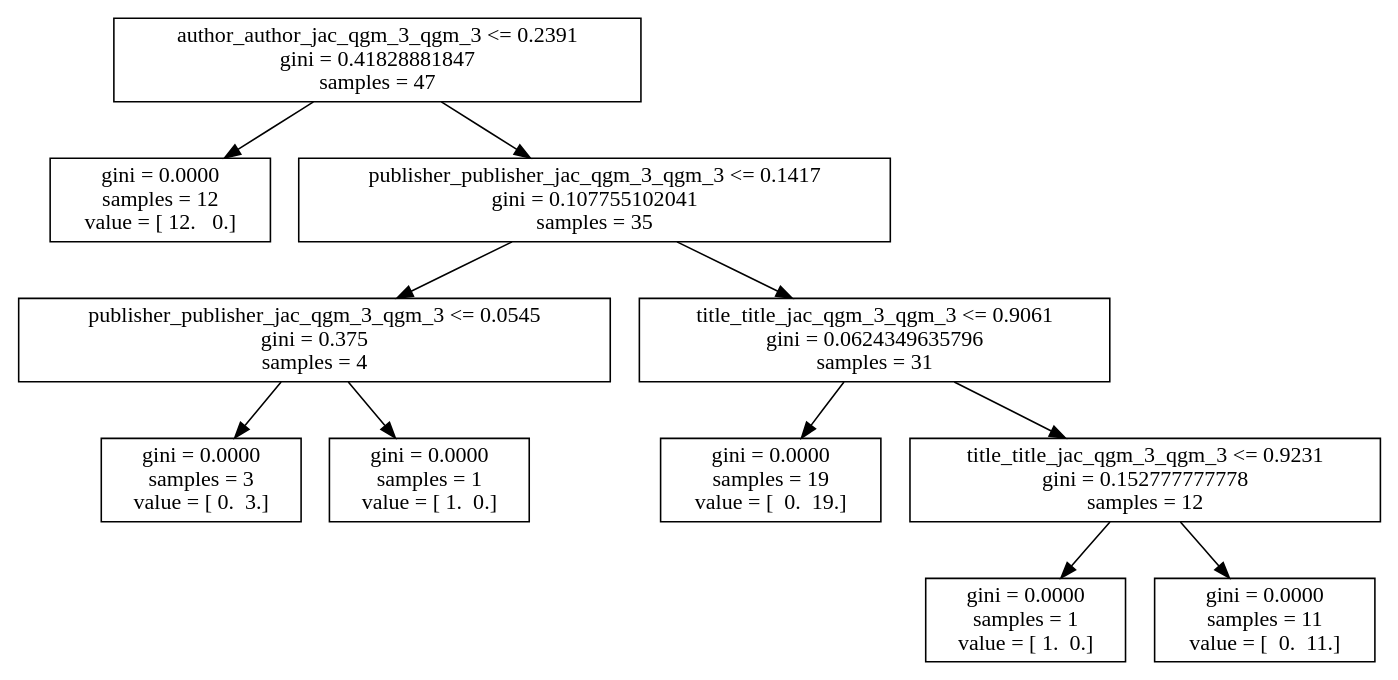
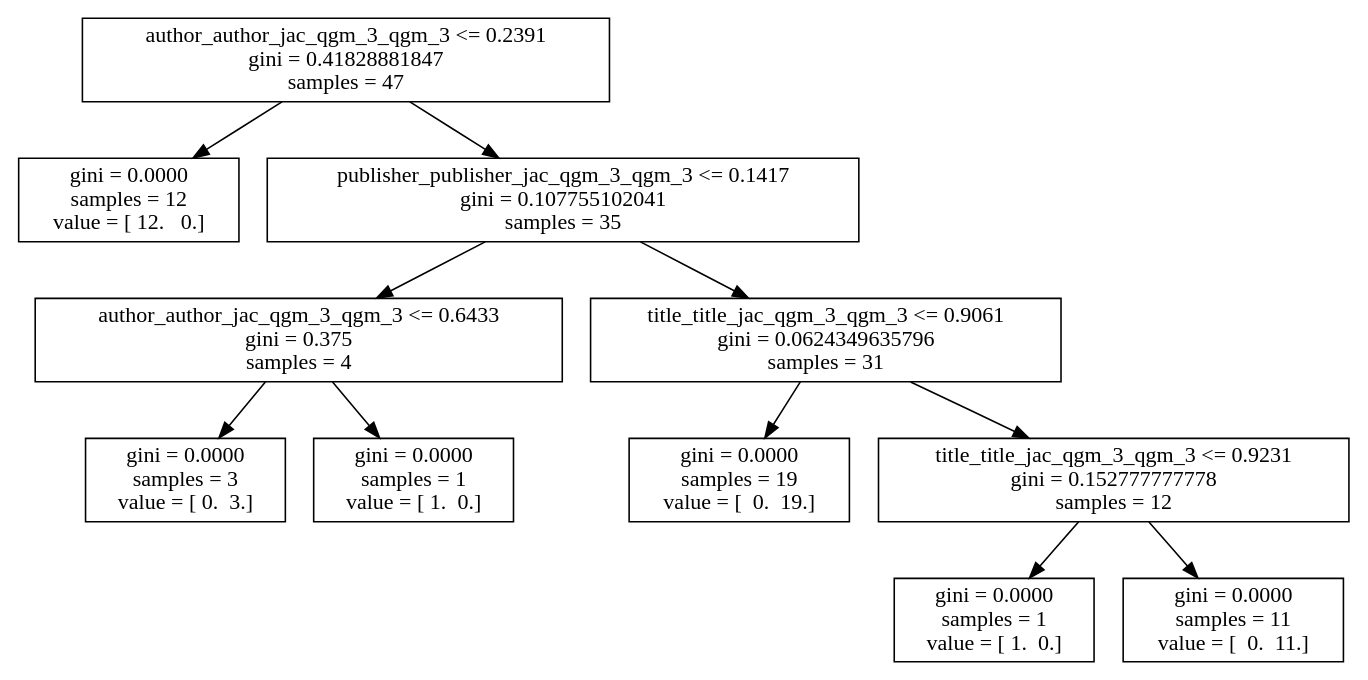
One commit to kvpradap/enrique changed the diagram in notebooks/examples/dt_.dot. Above: the diagram before and after it, drawn with Graphviz. The commit also changed 32 other files, not shown here.

```diff
--- a/notebooks/examples/dt_.dot
+++ b/notebooks/examples/dt_.dot
@@ -1,23 +1,23 @@
 digraph Tree {
 0 [label="author_author_jac_qgm_3_qgm_3 <= 0.2391\ngini = 0.41828881847\nsamples = 47", shape="box"] ;
 1 [label="gini = 0.0000\nsamples = 12\nvalue = [ 12.   0.]", shape="box"] ;
 0 -> 1 ;
 2 [label="publisher_publisher_jac_qgm_3_qgm_3 <= 0.1417\ngini = 0.107755102041\nsamples = 35", shape="box"] ;
 0 -> 2 ;
-3 [label="publisher_publisher_jac_qgm_3_qgm_3 <= 0.0545\ngini = 0.375\nsamples = 4", shape="box"] ;
+3 [label="author_author_jac_qgm_3_qgm_3 <= 0.6433\ngini = 0.375\nsamples = 4", shape="box"] ;
 2 -> 3 ;
 4 [label="gini = 0.0000\nsamples = 3\nvalue = [ 0.  3.]", shape="box"] ;
 3 -> 4 ;
 5 [label="gini = 0.0000\nsamples = 1\nvalue = [ 1.  0.]", shape="box"] ;
 3 -> 5 ;
 6 [label="title_title_jac_qgm_3_qgm_3 <= 0.9061\ngini = 0.0624349635796\nsamples = 31", shape="box"] ;
 2 -> 6 ;
 7 [label="gini = 0.0000\nsamples = 19\nvalue = [  0.  19.]", shape="box"] ;
 6 -> 7 ;
 8 [label="title_title_jac_qgm_3_qgm_3 <= 0.9231\ngini = 0.152777777778\nsamples = 12", shape="box"] ;
 6 -> 8 ;
 9 [label="gini = 0.0000\nsamples = 1\nvalue = [ 1.  0.]", shape="box"] ;
 8 -> 9 ;
 10 [label="gini = 0.0000\nsamples = 11\nvalue = [  0.  11.]", shape="box"] ;
 8 -> 10 ;
 }
```
